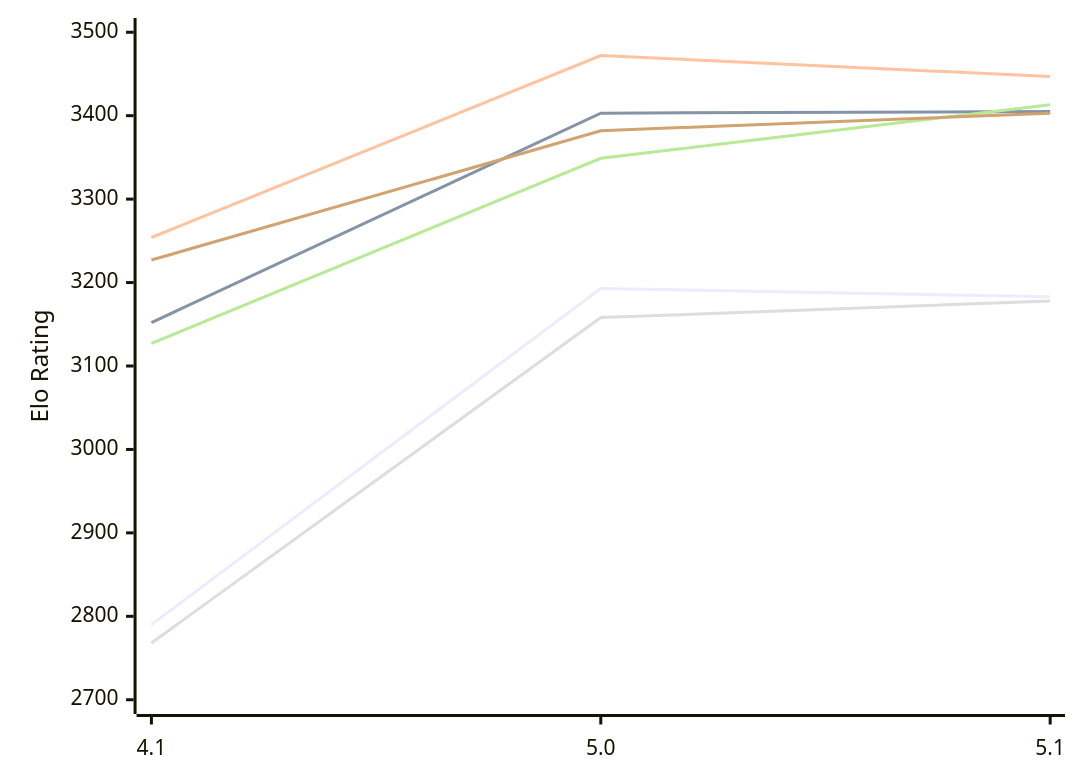
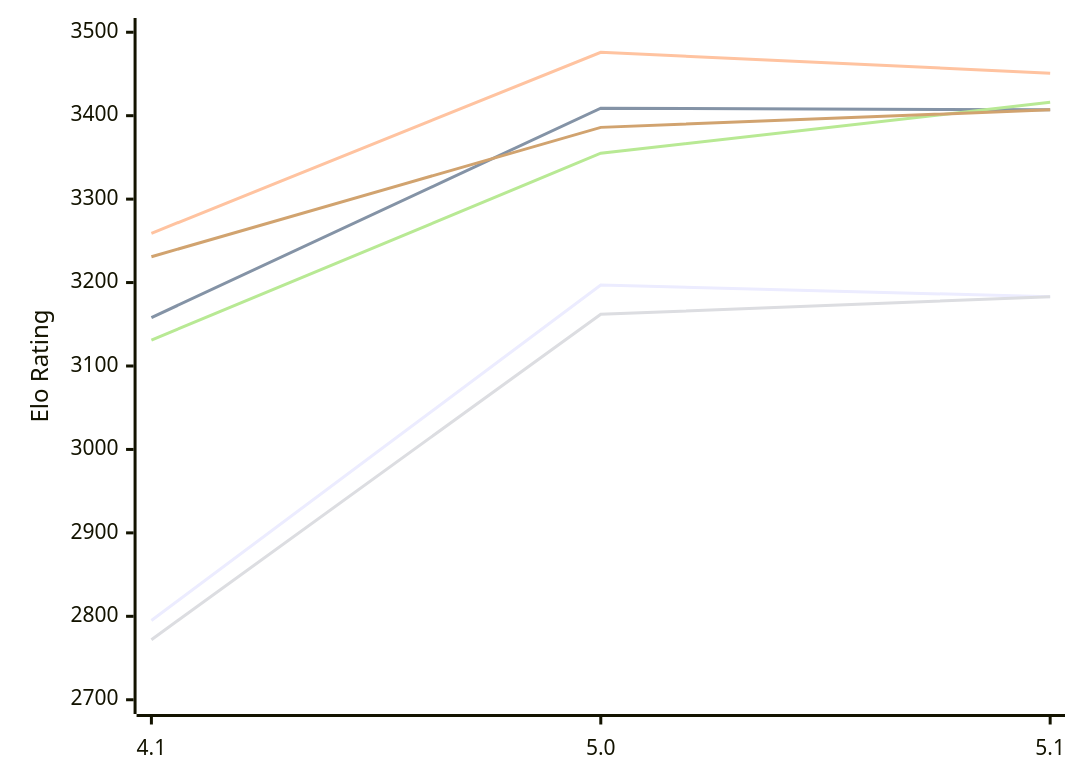
The diagram in engines/NarcNext.md (computer-chess-index/cci), drawn with Mermaid before and after one commit. The commit also changed other lines of this file, not shown here.

Commit message:
Update CCI Ratings (ELO VLTC) - 2026-11-20

````diff
--- a/engines/NarcNext.md
+++ b/engines/NarcNext.md
@@ -51,12 +51,12 @@
 ```mermaid
 %%{init: {"theme":"base","themeVariables":{"seriesColors:['#a3a3a3','#222221','#faa371']}}}%%
 xychart-beta
   x-axis ["4.1", "5.0", "5.1"]
   y-axis "Elo Rating" 2700 --> 3500
-  line "E1: STC (8.0+0.08s)" [2790, 3193, 3183]
-  line "E1: LTC (60.0+0.60s)" [3152, 3403, 3405]
-  line "E1: VLTC (2m24s+1.12s)" [3254, 3472, 3447]
-  line "P1: STC (8.0+0.08s)" [2768, 3158, 3178]
-  line "P1: LTC (60.0+0.60s)" [3127, 3349, 3413]
-  line "P1: VLTC (2m24s+1.12s)" [3227, 3382, 3403]
+  line "E1: STC (8.0+0.08s)" [2795, 3197, 3183]
+  line "E1: LTC (60.0+0.60s)" [3158, 3409, 3407]
+  line "E1: VLTC (2m24s+1.12s)" [3259, 3476, 3451]
+  line "P1: STC (8.0+0.08s)" [2772, 3162, 3183]
+  line "P1: LTC (60.0+0.60s)" [3131, 3355, 3416]
+  line "P1: VLTC (2m24s+1.12s)" [3231, 3386, 3407]
 ```
````
